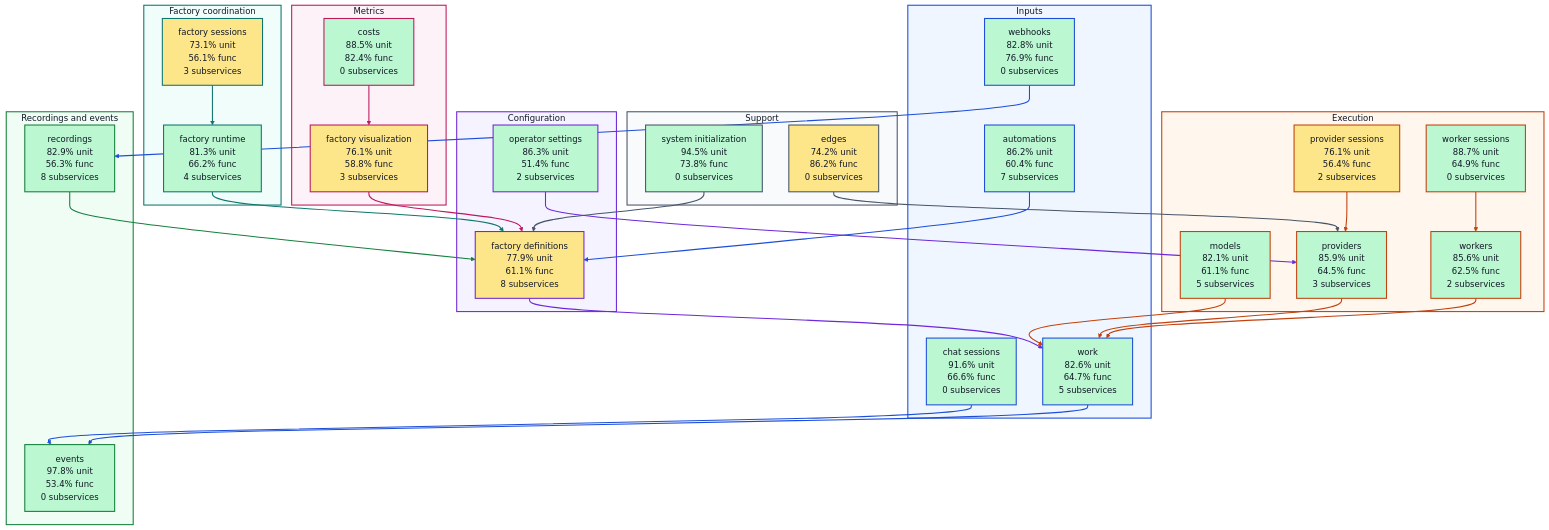
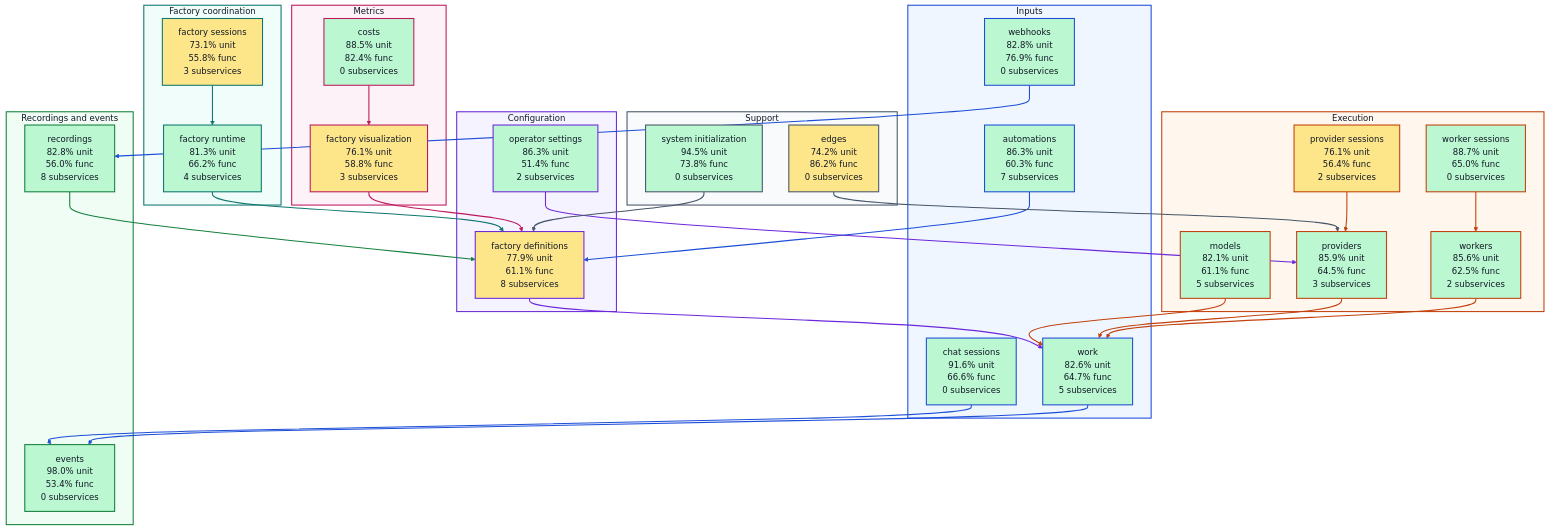
One commit to portpowered/you-agent-factory changed the diagram in docs/architecture/visualizations/high-level-test-coverage.md. Above: the diagram before and after it, drawn with Mermaid (base theme). The commit also changed other lines of this file and 20 other files, not shown here.

Commit message:
docs: refresh backend architecture visualizations

````diff
--- a/docs/architecture/visualizations/high-level-test-coverage.md
+++ b/docs/architecture/visualizations/high-level-test-coverage.md
@@ -11,7 +11,7 @@
 ```mermaid
 flowchart TB
   subgraph input["Inputs"]
-    s_services_automations["automations<br/>86.2% unit<br/>60.4% func<br/>7 subservices"]
+    s_services_automations["automations<br/>86.3% unit<br/>60.3% func<br/>7 subservices"]
     s_services_chat_sessions["chat sessions<br/>91.6% unit<br/>66.6% func<br/>0 subservices"]
     s_services_webhooks["webhooks<br/>82.8% unit<br/>76.9% func<br/>0 subservices"]
     s_services_work["work<br/>82.6% unit<br/>64.7% func<br/>5 subservices"]
@@ -22,18 +22,18 @@
   end
   subgraph coordination["Factory coordination"]
     s_services_factory_runtime["factory runtime<br/>81.3% unit<br/>66.2% func<br/>4 subservices"]
-    s_services_factory_sessions["factory sessions<br/>73.1% unit<br/>56.1% func<br/>3 subservices"]
+    s_services_factory_sessions["factory sessions<br/>73.1% unit<br/>55.8% func<br/>3 subservices"]
   end
   subgraph execution["Execution"]
     s_services_models["models<br/>82.1% unit<br/>61.1% func<br/>5 subservices"]
     s_services_provider_sessions["provider sessions<br/>76.1% unit<br/>56.4% func<br/>2 subservices"]
     s_services_providers["providers<br/>85.9% unit<br/>64.5% func<br/>3 subservices"]
-    s_services_worker_sessions["worker sessions<br/>88.7% unit<br/>64.9% func<br/>0 subservices"]
+    s_services_worker_sessions["worker sessions<br/>88.7% unit<br/>65.0% func<br/>0 subservices"]
     s_services_workers["workers<br/>85.6% unit<br/>62.5% func<br/>2 subservices"]
   end
   subgraph recordings["Recordings and events"]
-    s_services_events["events<br/>97.8% unit<br/>53.4% func<br/>0 subservices"]
-    s_services_recordings["recordings<br/>82.9% unit<br/>56.3% func<br/>8 subservices"]
+    s_services_events["events<br/>98.0% unit<br/>53.4% func<br/>0 subservices"]
+    s_services_recordings["recordings<br/>82.8% unit<br/>56.0% func<br/>8 subservices"]
   end
   subgraph metrics["Metrics"]
     s_services_costs["costs<br/>88.5% unit<br/>82.4% func<br/>0 subservices"]
````
